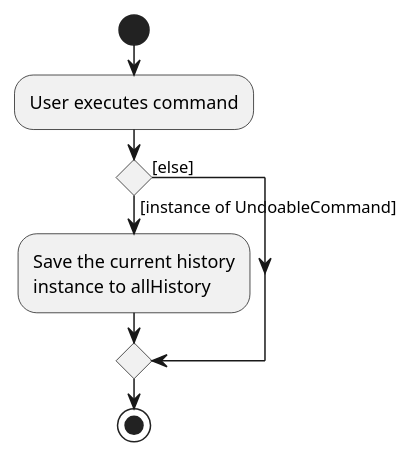
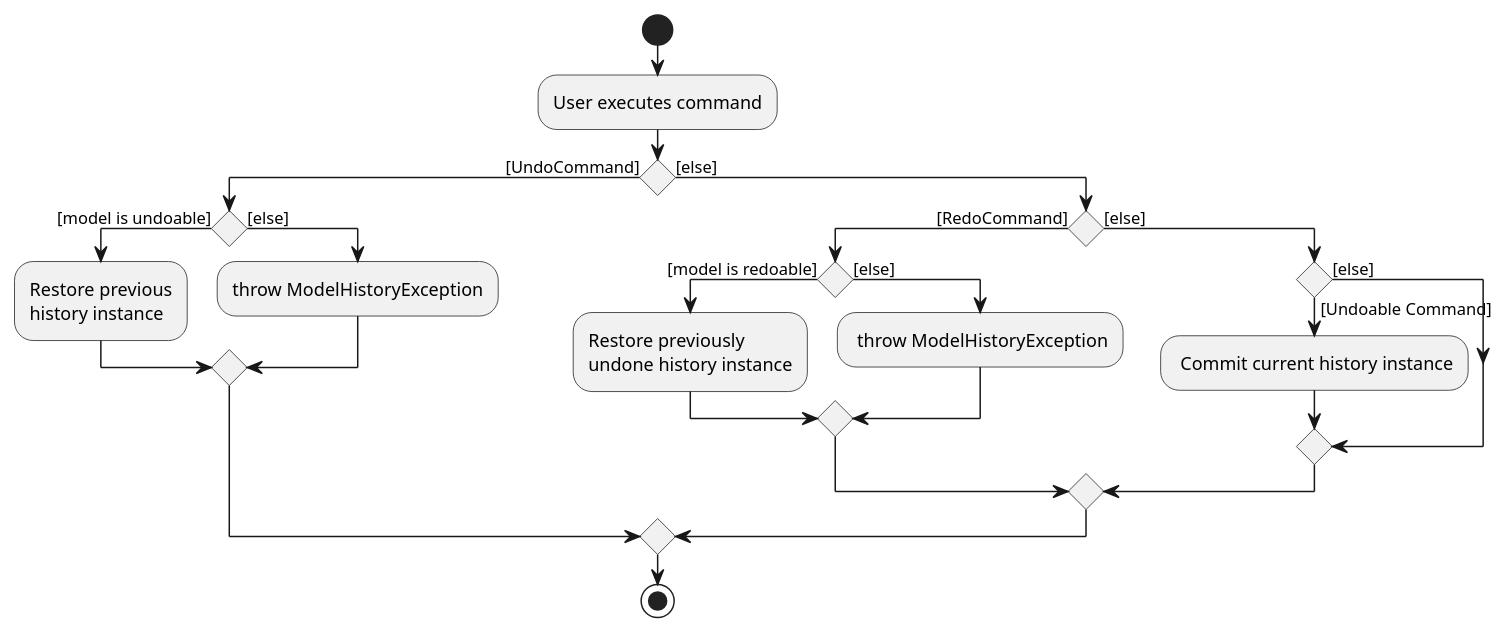
One commit to xiangjunn/tp changed the diagram in docs/diagrams/CommitActivityDiagram.puml. Above: the diagram before and after it, drawn with PlantUML. The commit also changed 1 other file, not shown here.

Commit message:
update undo/redo implementation description

```diff
--- a/docs/diagrams/CommitActivityDiagram.puml
+++ b/docs/diagrams/CommitActivityDiagram.puml
@@ -1,14 +1,32 @@
 @startuml
 start
 :User executes command;
 
 'Since the beta syntax does not support placing the condition outside the
 'diamond we place it as the true branch instead.
+if () then ([UndoCommand])
+    if () then ([model is undoable])
+        :Restore previous
+        history instance;
+    else ([else])
+        :throw ModelHistoryException;
+    endif
 
-if () then ([instance of UndoableCommand])
-    :Save the current history
-    instance to allHistory;
 else ([else])
+    if () then ([RedoCommand])
+        if() then ([model is redoable])
+            :Restore previously
+            undone history instance;
+        else ([else])
+            : throw ModelHistoryException;
+        endif
+    else ([else])
+        if () then ([Undoable Command])
+            : Commit current history instance;
+        else ([else])
+        endif
+    endif
 endif
+
 stop
 @enduml
```
